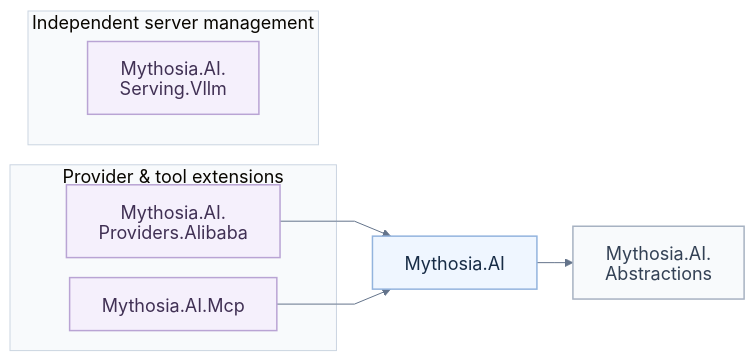
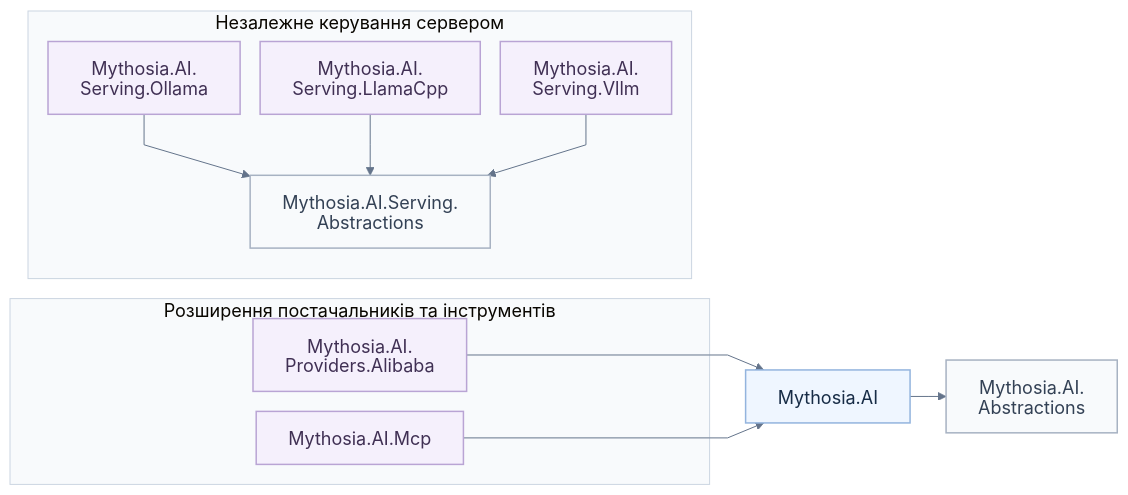
One commit to AJ-comp/Mythosia.AI changed the first of 3 diagrams in docs/uk/README.md. Above: the diagram before and after it, drawn with Mermaid. The commit also changed other lines of this file and 172 other files, not shown here.

First line of the commit message:
Add stable serving clients for Ollama, llama.cpp and vLLM

````diff
--- a/docs/uk/README.md
+++ b/docs/uk/README.md
@@ -79,22 +345,28 @@
 ```mermaid
 %%{init: {"theme":"base","look":"classic","htmlLabels":false,"themeVariables":{"fontFamily":"Arial, sans-serif","fontSize":"18px","primaryTextColor":"#172c46","lineColor":"#64748b","clusterBkg":"#f8fafc","clusterBorder":"#cbd5e1"},"flowchart":{"htmlLabels":false,"curve":"linear","nodeSpacing":20,"rankSpacing":36,"padding":16,"wrappingWidth":300},"fontFamily":"Arial, sans-serif","fontSize":18}}%%
 flowchart LR
-    subgraph Extensions["Provider & tool extensions"]
+    subgraph Extensions["Розширення постачальників та інструментів"]
         Alibaba["Mythosia.AI.<br/>Providers.Alibaba"]:::extension
         Mcp["Mythosia.AI.Mcp"]:::extension
     end
     AI["Mythosia.AI"]:::core
     AIAbs["Mythosia.AI.<br/>Abstractions"]:::contract
-    subgraph Independent["Independent server management"]
+    subgraph Independent["Незалежне керування сервером"]
+        ServingAbs["Mythosia.AI.Serving.<br/>Abstractions"]:::contract
+        OllamaServing["Mythosia.AI.<br/>Serving.Ollama"]:::extension
+        LlamaCppServing["Mythosia.AI.<br/>Serving.LlamaCpp"]:::extension
         VllmServing["Mythosia.AI.<br/>Serving.Vllm"]:::extension
+        OllamaServing --> ServingAbs
+        LlamaCppServing --> ServingAbs
+        VllmServing --> ServingAbs
     end
     Alibaba --> AI
     Mcp --> AI
     AI --> AIAbs
     classDef core fill:#eff6ff,stroke:#93b4de,color:#172c46,stroke-width:1.5px
     classDef rag fill:#eef8f5,stroke:#83b4a4,color:#164638,stroke-width:1.5px
     classDef extension fill:#f5f0fc,stroke:#b9a4d4,color:#403054,stroke-width:1.5px
     classDef documents fill:#fff8e9,stroke:#d4b879,color:#61491d,stroke-width:1.5px
     classDef store fill:#edf7fb,stroke:#8dbaca,color:#194758,stroke-width:1.5px
     classDef contract fill:#f8fafc,stroke:#a7b2c2,color:#334155,stroke-width:1.5px
 ```
````
